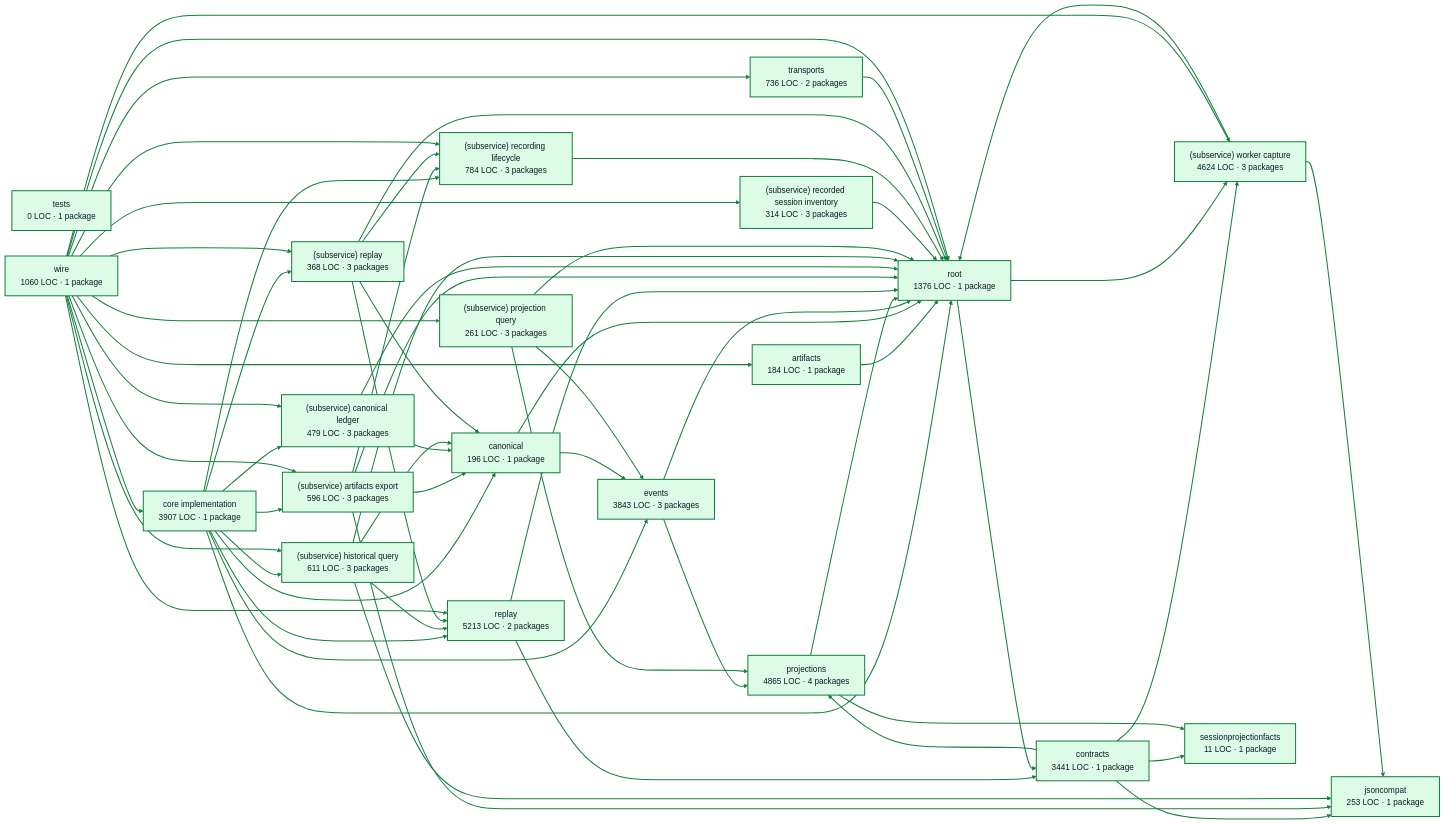
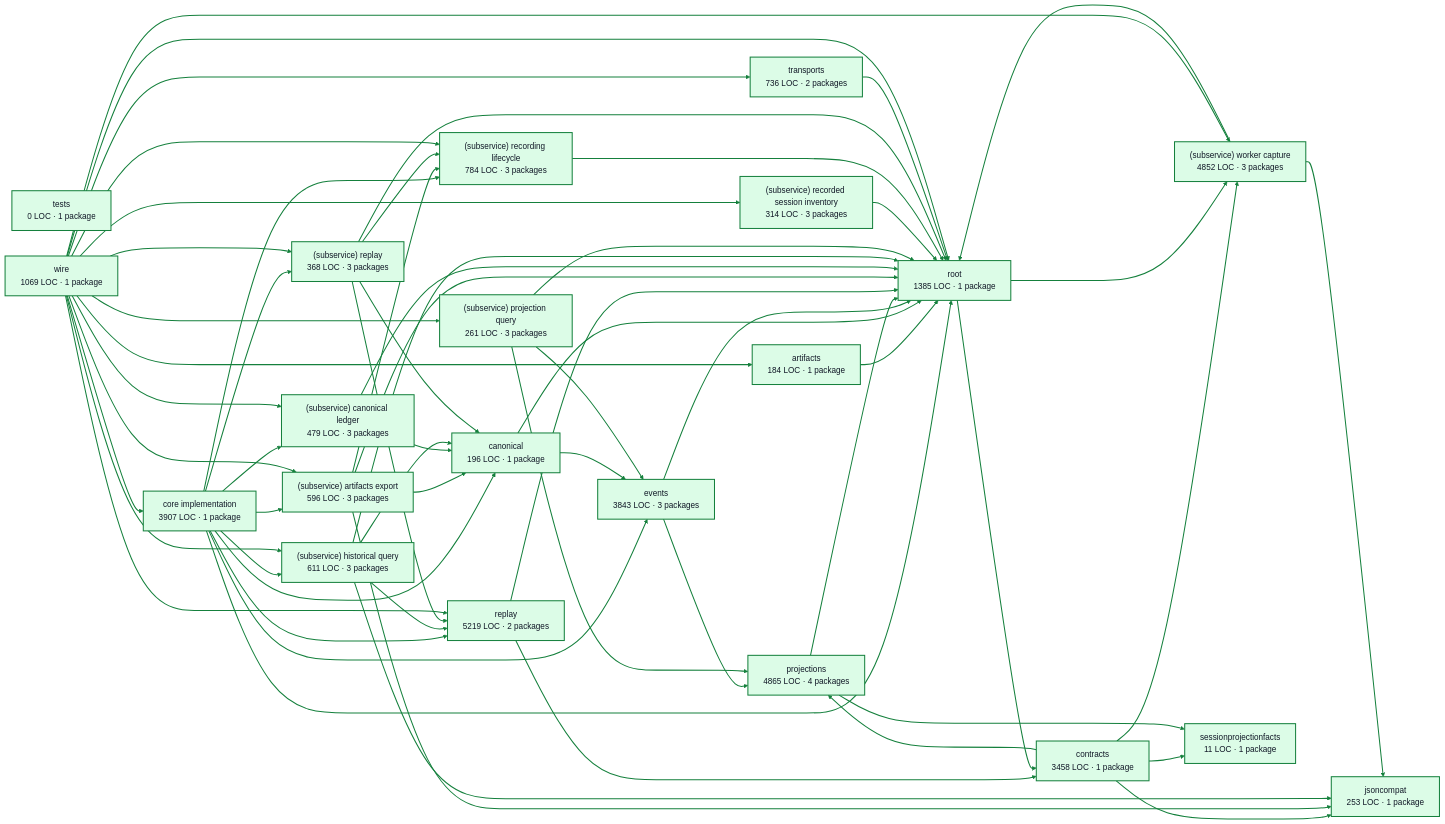
Before and after one commit to portpowered/you-agent-factory: the diagram in docs/architecture/visualizations/services/recordings.md, drawn with Mermaid (forest theme). The commit also changed other lines of this file and 20 other files, not shown here.

Commit message:
docs: refresh backend architecture visualizations

```diff
--- a/docs/architecture/visualizations/services/recordings.md
+++ b/docs/architecture/visualizations/services/recordings.md
@@ -13,11 +13,11 @@
   p0["core implementation<br/>3907 LOC · 1 package"]
   p1["artifacts<br/>184 LOC · 1 package"]
   p2["canonical<br/>196 LOC · 1 package"]
-  p3["contracts<br/>3441 LOC · 1 package"]
+  p3["contracts<br/>3458 LOC · 1 package"]
   p4["events<br/>3843 LOC · 3 packages"]
   p5["jsoncompat<br/>253 LOC · 1 package"]
   p6["projections<br/>4865 LOC · 4 packages"]
-  p7["replay<br/>5213 LOC · 2 packages"]
+  p7["replay<br/>5219 LOC · 2 packages"]
   p8["(subservice) artifacts export<br/>596 LOC · 3 packages"]
   p9["(subservice) canonical ledger<br/>479 LOC · 3 packages"]
   p10["(subservice) historical query<br/>611 LOC · 3 packages"]
@@ -25,12 +25,12 @@
   p12["(subservice) recorded session inventory<br/>314 LOC · 3 packages"]
   p13["(subservice) recording lifecycle<br/>784 LOC · 3 packages"]
   p14["(subservice) replay<br/>368 LOC · 3 packages"]
-  p15["(subservice) worker capture<br/>4624 LOC · 3 packages"]
+  p15["(subservice) worker capture<br/>4852 LOC · 3 packages"]
   p16["sessionprojectionfacts<br/>11 LOC · 1 package"]
   p17["tests<br/>0 LOC · 1 package"]
-  p18["root<br/>1376 LOC · 1 package"]
+  p18["root<br/>1385 LOC · 1 package"]
   p19["transports<br/>736 LOC · 2 packages"]
-  p20["wire<br/>1060 LOC · 1 package"]
+  p20["wire<br/>1069 LOC · 1 package"]
   p0 --> p2
   p0 --> p4
   p0 --> p7
```
